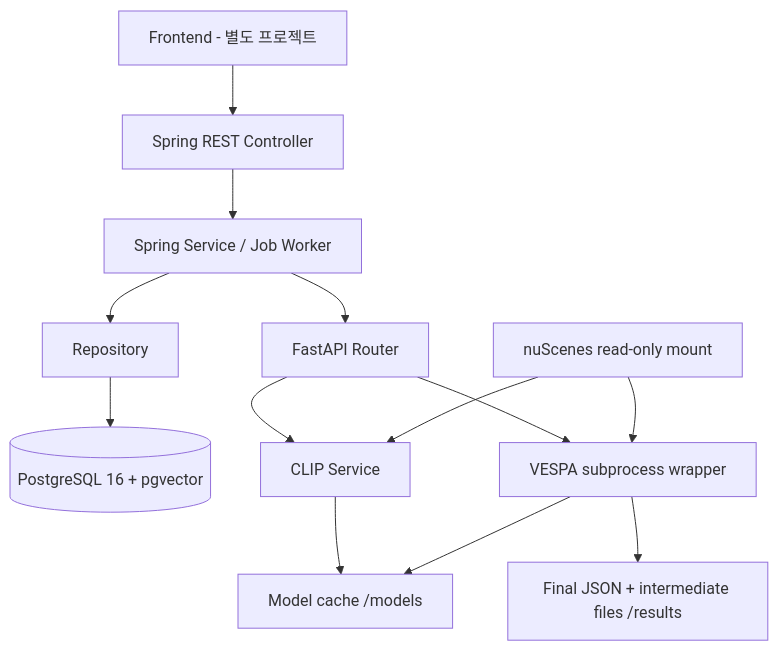
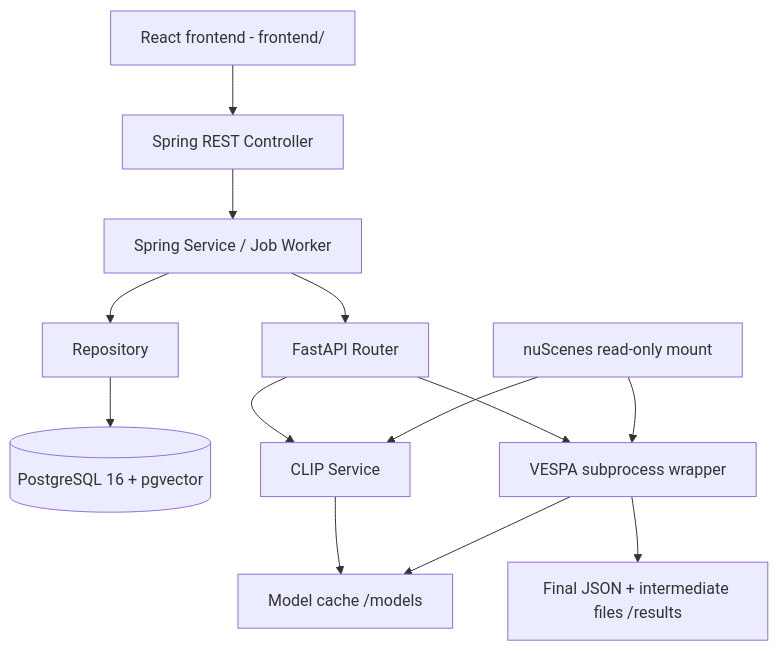
One commit to leehyeoksu/DriveScene2Label changed the diagram in README.md. Above: the diagram before and after it, drawn with Mermaid. The commit also changed other lines of this file and 127 other files, not shown here.

````diff
--- a/README.md
+++ b/README.md
@@ -17,15 +22,15 @@
 ```mermaid
 flowchart TD
- F[Frontend - 별도 프로젝트] --> C[Spring REST Controller]
+ F[React frontend - frontend/] --> C[Spring REST Controller]
  C --> S[Spring Service / Job Worker]
  S --> R[Repository]
  R --> DB[(PostgreSQL 16 + pgvector)]
  S --> A[FastAPI Router]
  A --> CLIP[CLIP Service]
  A --> V[VESPA subprocess wrapper]
  DATA[nuScenes read-only mount] --> CLIP
  DATA --> V
  V --> OUT[Final JSON + intermediate files /results]
  CLIP --> CACHE[Model cache /models]
  V --> CACHE
 ```
````
